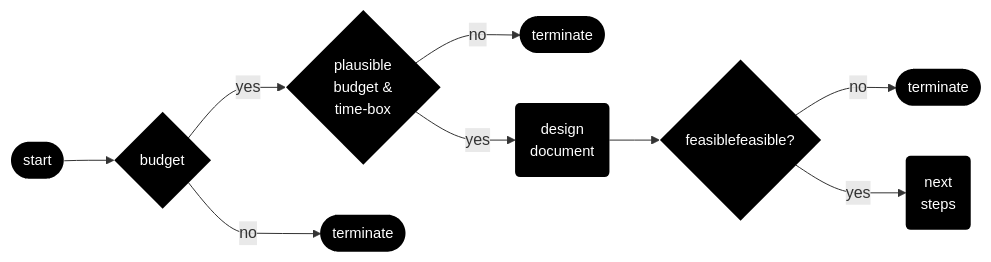
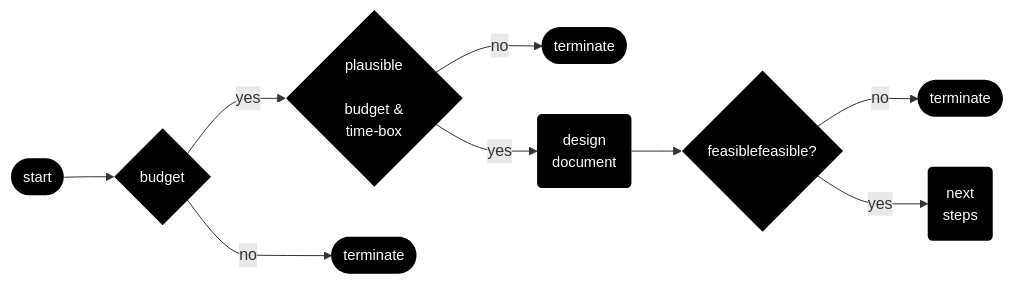
The diagram in docs/source/introduction/introduction.md (thereferences/systems), drawn with Mermaid before and after one commit.

````diff
--- a/docs/source/introduction/introduction.md
+++ b/docs/source/introduction/introduction.md
@@ -3,13 +3,14 @@
 ```{mermaid}
 %%{ init: { 'flowchart': { 'curve': 'monotoneX' } } }%%
 flowchart LR    
-    id0([start]) --> id1{budget} -- yes --> id2{plausible<br> budget &<br> time-box}
+    id0([start]) --> id1{<span title="Does the potential project have a budget?">budget</span>} -- yes --> id2{plausible<br> 
+    budget &<br> time-box}
     id1 -- no --> id3([terminate])
     id2 -- no --> id4([terminate])
     id2 -- yes --> id5(<span title="The project scope/design details">design <br> document</span>)
     id5 --> id6{feasible<span title="Is the potential project addressable via machine learning, technically feasible, and economically viable?">feasible?</span>}
     id6 -- no --> id7([terminate])
     id6 -- yes --> id8(next <br> steps)
     
     classDef default fill:#000000,stroke:#000000,stroke-width:0px,color:#ffffff,font-size:11pt;
 ```
````
